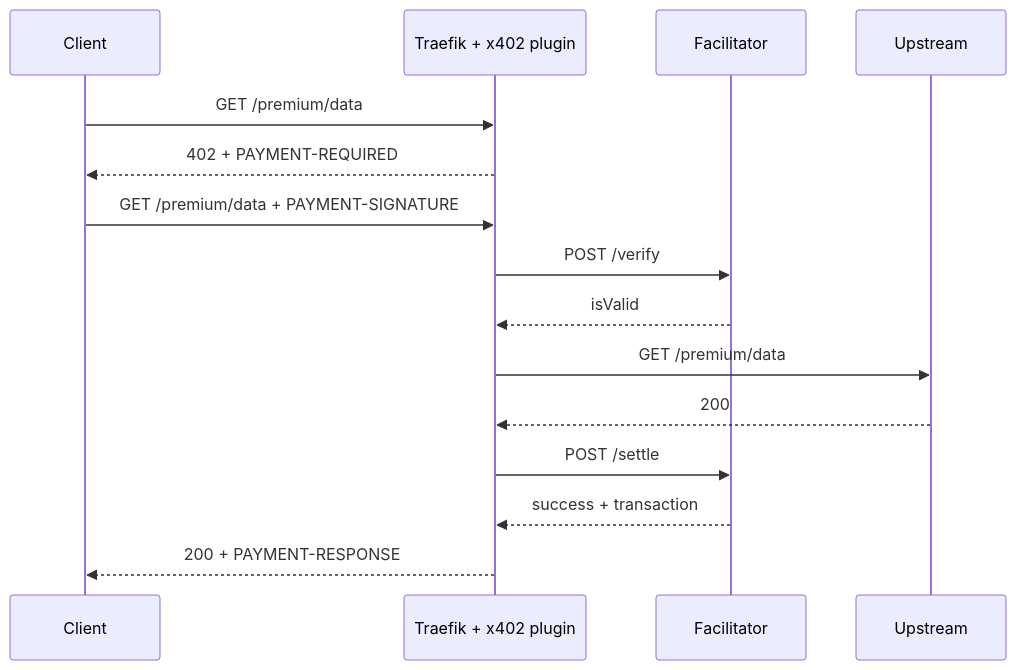
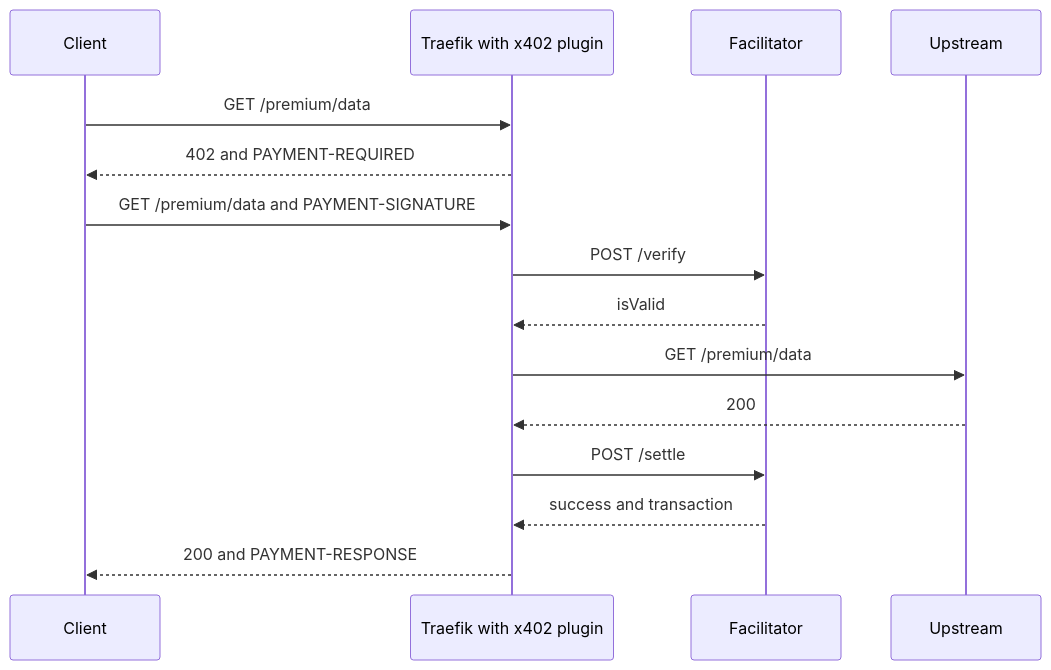
The diagram in README.md (lukaszraczylo/traefik-x402), drawn with Mermaid before and after one commit. The commit also changed other lines of this file and 28 other files, not shown here.

````diff
--- a/README.md
+++ b/README.md
@@ -24,17 +31,17 @@
 ```mermaid
 sequenceDiagram
     participant C as Client
-    participant T as Traefik + x402 plugin
+    participant T as Traefik with x402 plugin
     participant F as Facilitator
     participant U as Upstream
     C->>T: GET /premium/data
-    T-->>C: 402 + PAYMENT-REQUIRED
-    C->>T: GET /premium/data + PAYMENT-SIGNATURE
+    T-->>C: 402 and PAYMENT-REQUIRED
+    C->>T: GET /premium/data and PAYMENT-SIGNATURE
     T->>F: POST /verify
     F-->>T: isValid
     T->>U: GET /premium/data
     U-->>T: 200
     T->>F: POST /settle
-    F-->>T: success + transaction
-    T-->>C: 200 + PAYMENT-RESPONSE
+    F-->>T: success and transaction
+    T-->>C: 200 and PAYMENT-RESPONSE
 ```
````
